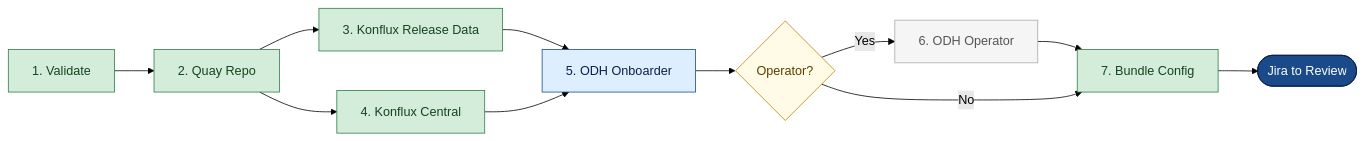
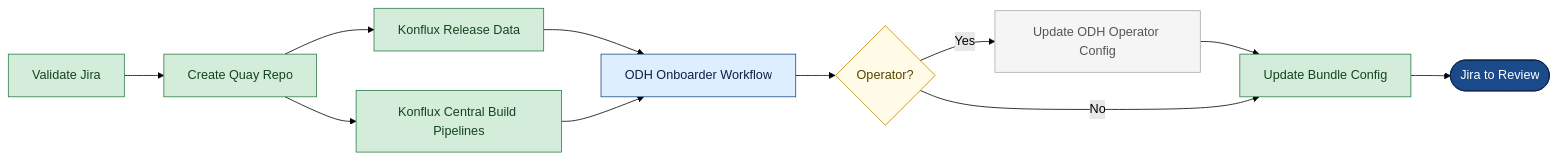
One commit to opendatahub-io/aiops-infra changed the first of 3 diagrams in docs/rfds/odh-component-onboarding/flow-diagrams-lr.md. Above: the diagram before and after it, drawn with Mermaid (forest theme). The commit also changed other lines of this file, not shown here.

````diff
--- a/docs/rfds/odh-component-onboarding/flow-diagrams-lr.md
+++ b/docs/rfds/odh-component-onboarding/flow-diagrams-lr.md
@@ -7,28 +7,28 @@
 ```mermaid
 flowchart LR
     classDef both    fill:#D4EDDA,stroke:#2D7D46,color:#154420
     classDef odhOnly fill:#DDEEFF,stroke:#1A4A8A,color:#0d2045
     classDef cond    fill:#F5F5F5,stroke:#AAAAAA,color:#555555
     classDef done    fill:#1A4A8A,stroke:#0d2045,color:#FFFFFF
     classDef decide  fill:#FFFBE6,stroke:#B8860B,color:#5a4000
 
-    S1["1. Validate"]:::both
-    S2["2. Quay Repo"]:::both
-    S3["3. Konflux Release Data"]:::both
-    S4["4. Konflux Central"]:::both
-    S5["5. ODH Onboarder"]:::odhOnly
-    OP{"Operator?"}:::decide
-    S6["6. ODH Operator"]:::cond
-    S7["7. Bundle Config"]:::both
+    S1[Validate Jira]:::both
+    S2[Create Quay Repo]:::both
+    S3[Konflux Release Data]:::both
+    S4[Konflux Central Build Pipelines]:::both
+    S5[ODH Onboarder Workflow]:::odhOnly
+    OP{Operator?}:::decide
+    S6[Update ODH Operator Config]:::cond
+    S7[Update Bundle Config]:::both
     DONE([Jira to Review]):::done
 
     S1 --> S2 --> S3
     S2 --> S4
     S3 --> S5
     S4 --> S5
     S5 --> OP
     OP -->|Yes| S6
     S6 --> S7
     OP -->|No| S7
     S7 --> DONE
 ```
````
